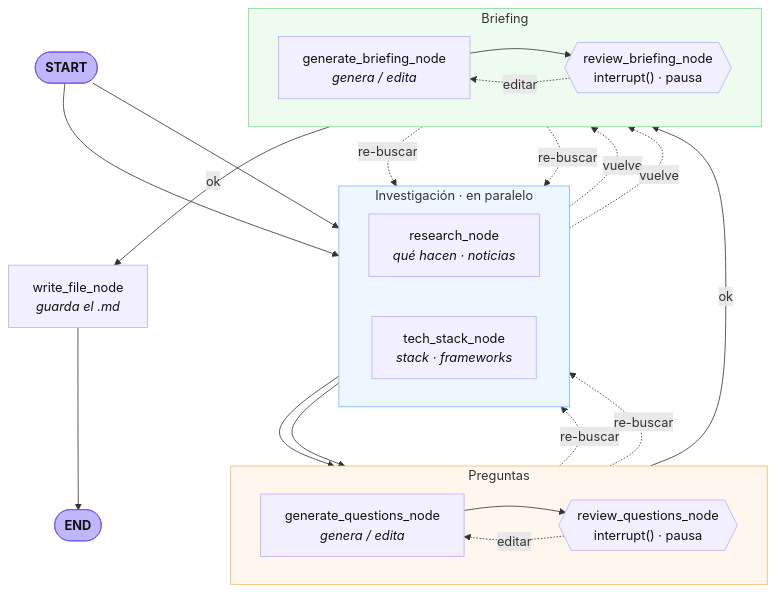
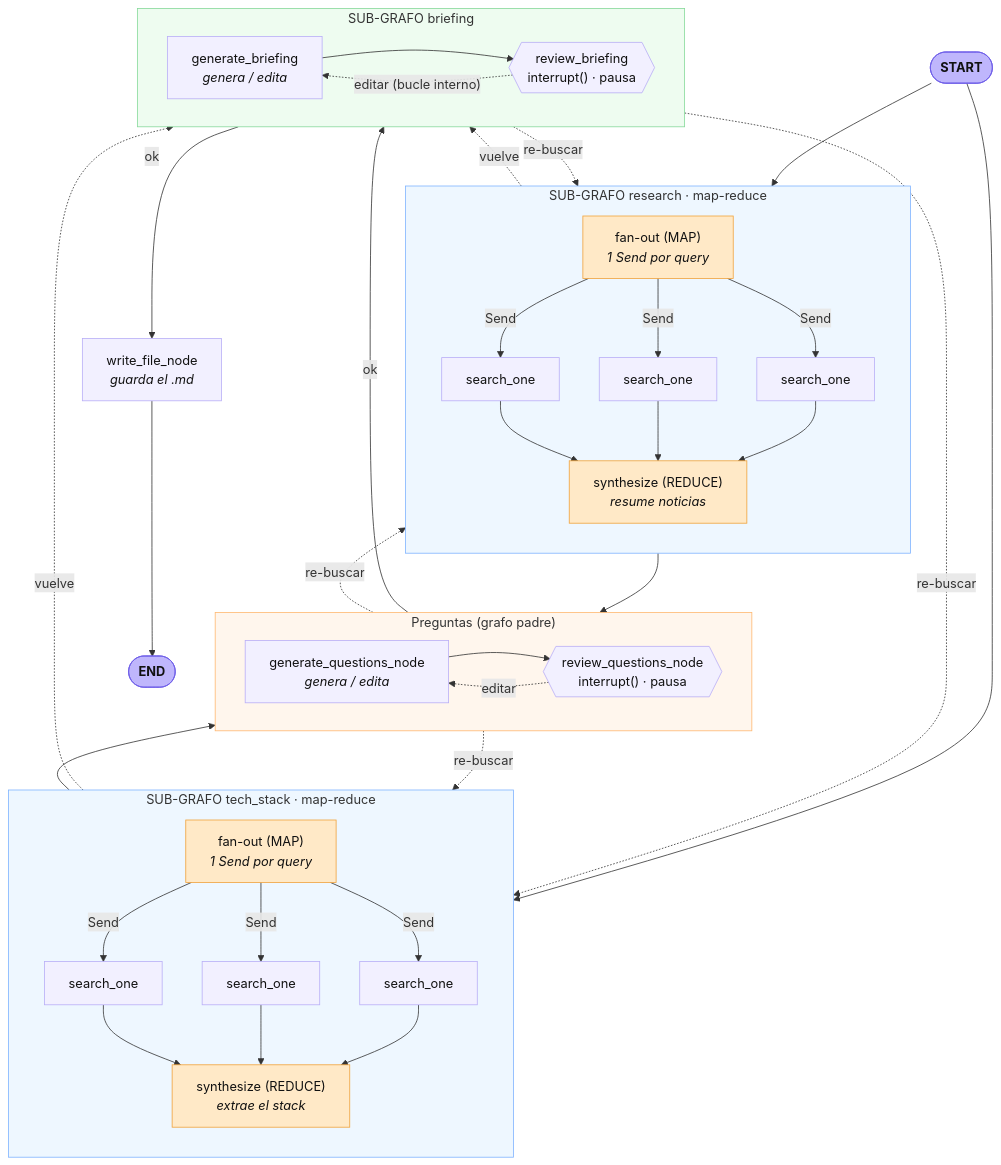
One commit to JorgePulgar/interview-preparation-agent changed the diagram in graph.mmd. Above: the diagram before and after it, drawn with Mermaid. The commit also changed 4 other files, not shown here.

```diff
--- a/graph.mmd
+++ b/graph.mmd
@@ -1,52 +1,78 @@
 flowchart TD
     START([START]):::se
 
-    subgraph RES["Investigación · en paralelo"]
-        direction LR
-        research["research_node<br/><i>qué hacen · noticias</i>"]
-        tech["tech_stack_node<br/><i>stack · frameworks</i>"]
+    subgraph RES["SUB-GRAFO research · map-reduce"]
+        direction TB
+        rfan["fan-out (MAP)<br/><i>1 Send por query</i>"]:::map
+        rw1["search_one"]
+        rw2["search_one"]
+        rw3["search_one"]
+        rsyn["synthesize (REDUCE)<br/><i>resume noticias</i>"]:::map
+        rfan -- Send --> rw1
+        rfan -- Send --> rw2
+        rfan -- Send --> rw3
+        rw1 --> rsyn
+        rw2 --> rsyn
+        rw3 --> rsyn
     end
 
-    subgraph QST["Preguntas"]
+    subgraph TEC["SUB-GRAFO tech_stack · map-reduce"]
+        direction TB
+        tfan["fan-out (MAP)<br/><i>1 Send por query</i>"]:::map
+        tw1["search_one"]
+        tw2["search_one"]
+        tw3["search_one"]
+        tsyn["synthesize (REDUCE)<br/><i>extrae el stack</i>"]:::map
+        tfan -- Send --> tw1
+        tfan -- Send --> tw2
+        tfan -- Send --> tw3
+        tw1 --> tsyn
+        tw2 --> tsyn
+        tw3 --> tsyn
+    end
+
+    subgraph QST["Preguntas (grafo padre)"]
         direction LR
         genq["generate_questions_node<br/><i>genera / edita</i>"]
         revq{{"review_questions_node<br/>interrupt() · pausa"}}
     end
 
-    subgraph BRF["Briefing"]
+    subgraph BRF["SUB-GRAFO briefing"]
         direction LR
-        genb["generate_briefing_node<br/><i>genera / edita</i>"]
-        revb{{"review_briefing_node<br/>interrupt() · pausa"}}
+        genb["generate_briefing<br/><i>genera / edita</i>"]
+        revb{{"review_briefing<br/>interrupt() · pausa"}}
+        genb --> revb
+        revb -. "editar (bucle interno)" .-> genb
     end
 
     write["write_file_node<br/><i>guarda el .md</i>"]
     DONE([END]):::se
 
     %% --- Camino principal ---
-    START --> research
-    START --> tech
-    research --> genq
-    tech --> genq
+    START --> RES
+    START --> TEC
+    RES --> genq
+    TEC --> genq
     genq --> revq
-    revq -- "ok" --> genb
-    genb --> revb
-    revb -- "ok" --> write
+    revq -- "ok" --> BRF
+    BRF -- "ok" --> write
     write --> DONE
 
-    %% --- Bucles de edición (mismo dato, solo reescribe) ---
+    %% --- Bucle de edición de preguntas (mismo dato, solo reescribe) ---
     revq -. "editar" .-> genq
-    revb -. "editar" .-> genb
 
     %% --- Re-búsqueda (feedback que necesita datos nuevos) ---
-    revq -. "re-buscar" .-> research
-    revq -. "re-buscar" .-> tech
-    revb -. "re-buscar" .-> research
-    revb -. "re-buscar" .-> tech
-    research -. "vuelve" .-> genb
-    tech -. "vuelve" .-> genb
+    revq -. "re-buscar" .-> RES
+    revq -. "re-buscar" .-> TEC
+    BRF -. "re-buscar" .-> RES
+    BRF -. "re-buscar" .-> TEC
+    RES -. "vuelve" .-> BRF
+    TEC -. "vuelve" .-> BRF
 
     classDef se fill:#bfb6fc,stroke:#6c5ce7,color:#111,font-weight:bold;
     classDef default fill:#f2f0ff,stroke:#b9aef7,color:#111;
+    classDef map fill:#ffe9c7,stroke:#f0a23b,color:#111;
     style RES fill:#eef7ff,stroke:#7fb3ff
+    style TEC fill:#eef7ff,stroke:#7fb3ff
     style QST fill:#fff6ed,stroke:#ffb870
     style BRF fill:#eefcf0,stroke:#86d99a
```
